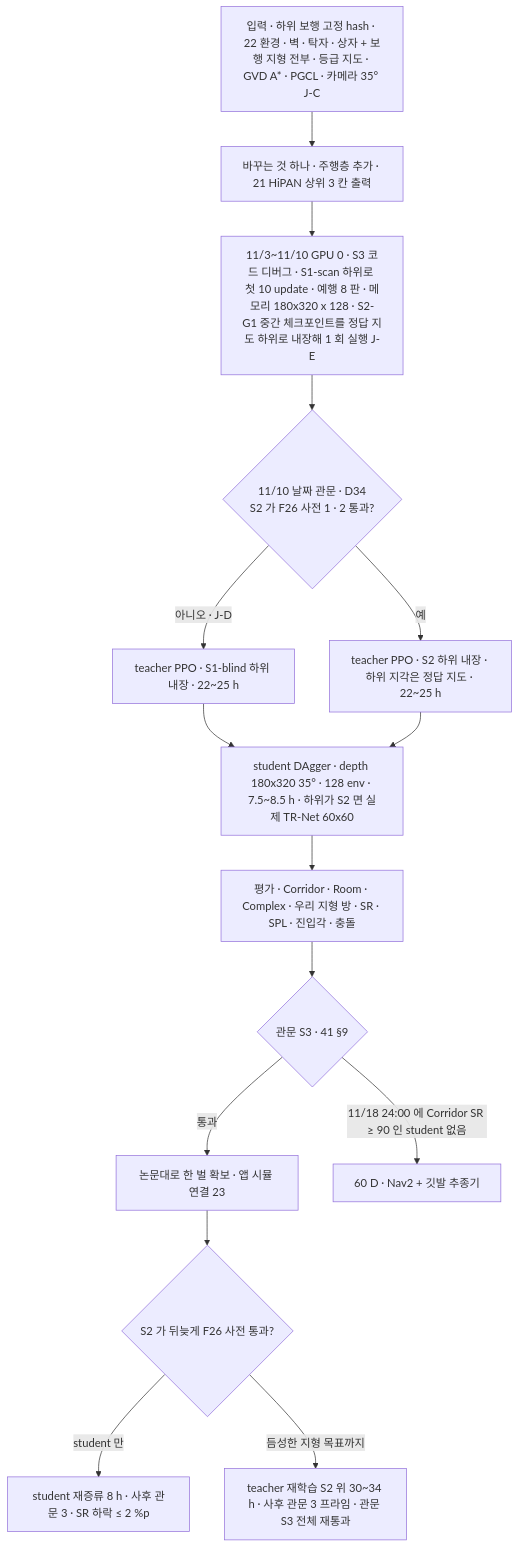
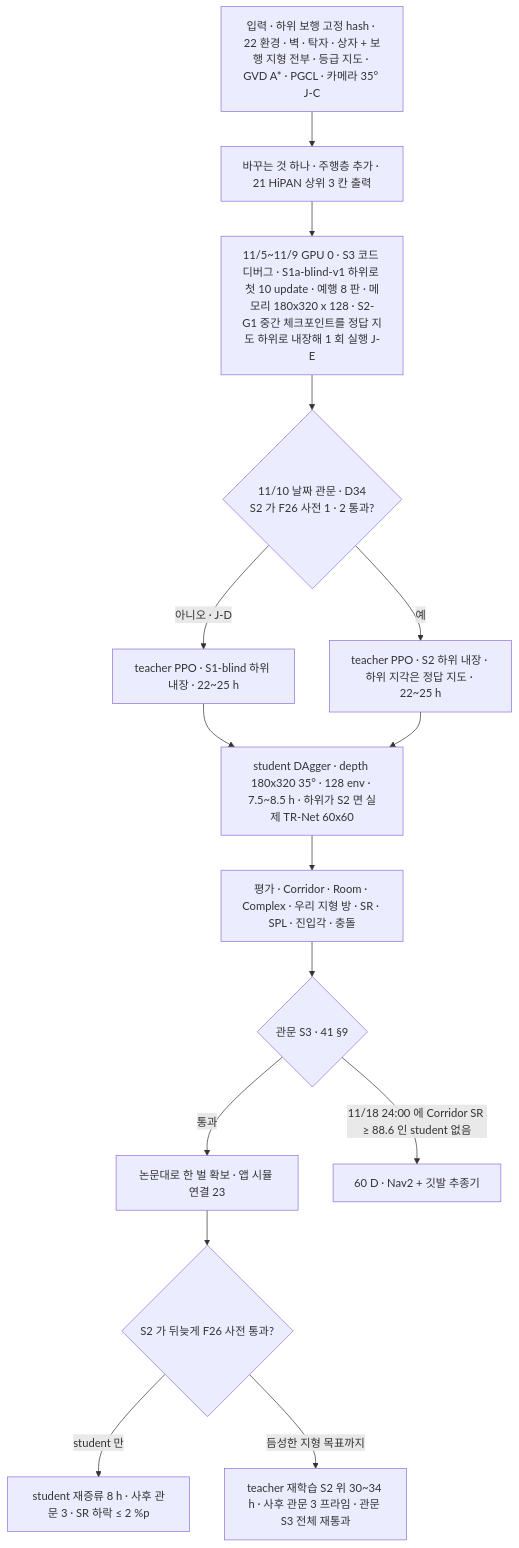
One commit to foothold-project/foothold-lab changed the diagram in inbox/jay/20261019-design/54-S3-NAV.md. Above: the diagram before and after it, drawn with Mermaid. The commit also changed other lines of this file and 20 other files, not shown here.

````diff
--- a/inbox/jay/20261019-design/54-S3-NAV.md
+++ b/inbox/jay/20261019-design/54-S3-NAV.md
@@ -15,17 +15,17 @@
 ```mermaid
 flowchart TB
   IN[입력 · 하위 보행 고정 hash · 22 환경 · 벽 · 탁자 · 상자 + 보행 지형 전부 · 등급 지도 · GVD A* · PGCL · 카메라 35° J-C] --> CH[바꾸는 것 하나 · 주행층 추가 · 21 HiPAN 상위 3 칸 출력]
-  CH --> DBG[11/3~11/10 GPU 0 · S3 코드 디버그 · S1-scan 하위로 첫 10 update · 예행 8 판 · 메모리 180x320 x 128 · S2-G1 중간 체크포인트를 정답 지도 하위로 내장해 1 회 실행 J-E]
+  CH --> DBG[11/5~11/9 GPU 0 · S3 코드 디버그 · S1a-blind-v1 하위로 첫 10 update · 예행 8 판 · 메모리 180x320 x 128 · S2-G1 중간 체크포인트를 정답 지도 하위로 내장해 1 회 실행 J-E]
   DBG --> SEL{11/10 날짜 관문 · D34<br/>S2 가 F26 사전 1 · 2 통과?}
   SEL -->|예| T2[teacher PPO · S2 하위 내장 · 하위 지각은 정답 지도 · 22~25 h]
   SEL -->|아니오 · J-D| T1[teacher PPO · S1-blind 하위 내장 · 22~25 h]
   T1 --> ST[student DAgger · depth 180x320 35° · 128 env · 7.5~8.5 h · 하위가 S2 면 실제 TR-Net 60x60]
   T2 --> ST
   ST --> EV[평가 · Corridor · Room · Complex · 우리 지형 방 · SR · SPL · 진입각 · 충돌]
   EV --> G{관문 S3 · 41 §9}
   G -->|통과| ONE[논문대로 한 벌 확보 · 앱 시뮬 연결 23]
-  G -->|11/18 24:00 에 Corridor SR ≥ 90 인 student 없음| D[60 D · Nav2 + 깃발 추종기]
+  G -->|11/18 24:00 에 Corridor SR ≥ 88.6 인 student 없음| D[60 D · Nav2 + 깃발 추종기]
   ONE --> SW{S2 가 뒤늦게 F26 사전 통과?}
   SW -->|student 만| RD[student 재증류 8 h · 사후 관문 3 · SR 하락 ≤ 2 %p]
   SW -->|듬성한 지형 목표까지| RT[teacher 재학습 S2 위 30~34 h · 사후 관문 3 프라임 · 관문 S3 전체 재통과]
 ```
````
